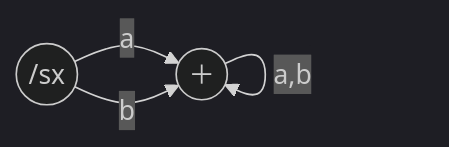
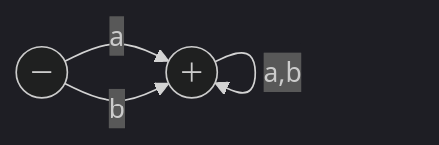
Before and after one commit to ufidon/ct: the second of 19 diagrams in review/mid/README.md, drawn with Mermaid (dark theme).

````diff
--- a/review/mid/README.md
+++ b/review/mid/README.md
@@ -122,8 +122,8 @@
 ```mermaid
 flowchart LR
-  p1(("/sx"))
+  p1(("－"))
   p2(("＋"))
   p1-->|a|p2
   p1-->|b|p2
   p2-->|"a,b"|p2
 ```
````
